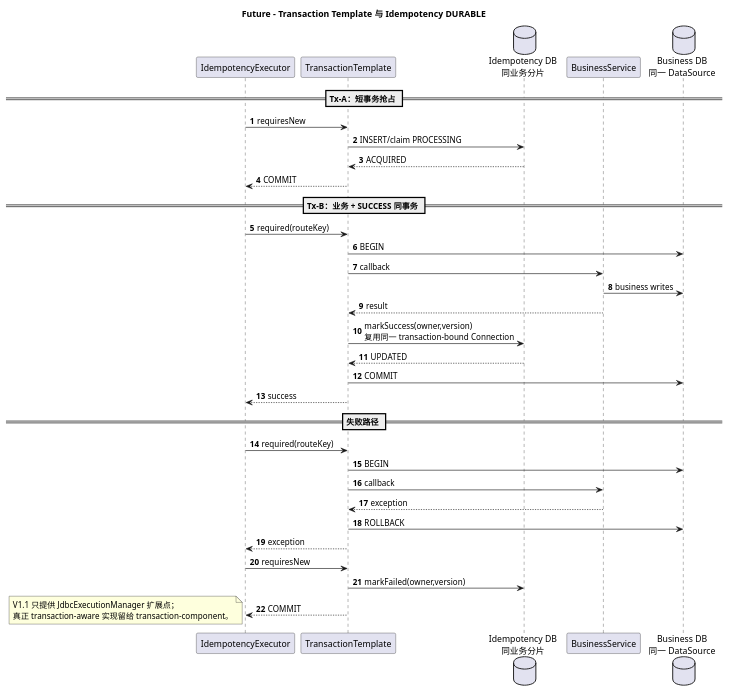
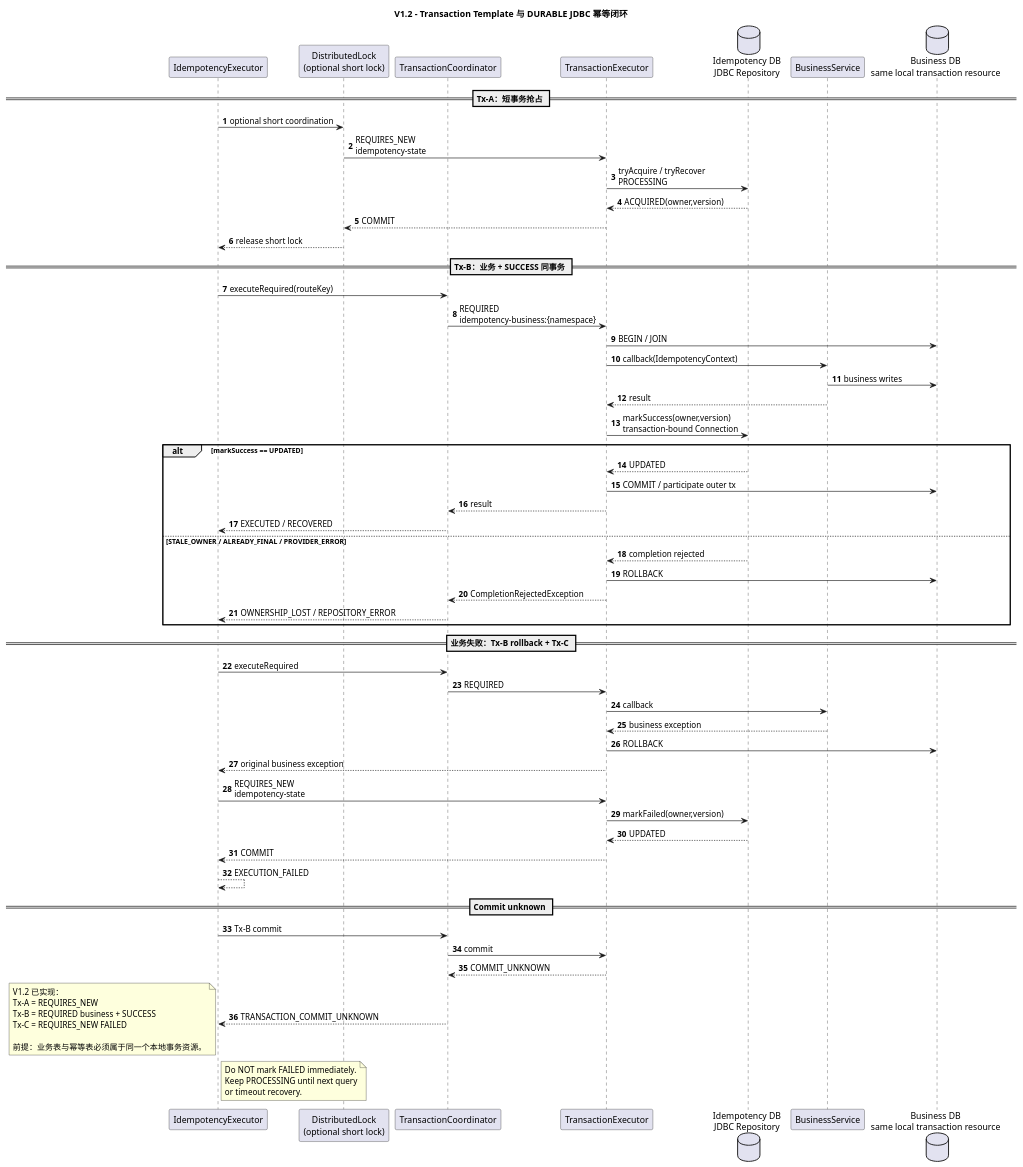
The diagram in component/idempotent-component/docs/diagrams/sequence/L4-future-transaction-integration.puml (pbxjtumse/cola-web-standard), drawn with PlantUML before and after one commit. The commit also changed 34 other files, not shown here.

```diff
--- a/component/idempotent-component/docs/diagrams/sequence/L4-future-transaction-integration.puml
+++ b/component/idempotent-component/docs/diagrams/sequence/L4-future-transaction-integration.puml
@@ -1,46 +1,76 @@
 @startuml
-title Future - Transaction Template 与 Idempotency DURABLE
+title V1.2 - Transaction Template 与 DURABLE JDBC 幂等闭环
 
 autonumber
 skinparam shadowing false
 
 participant "IdempotencyExecutor" as EXEC
-participant "TransactionTemplate" as TX
-database "Idempotency DB\n同业务分片" as IDEM
+participant "DistributedLock\n(optional short lock)" as LOCK
+participant "TransactionCoordinator" as TXC
+participant "TransactionExecutor" as TX
+database "Idempotency DB\nJDBC Repository" as IDEM
 participant "BusinessService" as BIZ
-database "Business DB\n同一 DataSource" as DB
+database "Business DB\nsame local transaction resource" as DB
 
 == Tx-A：短事务抢占 ==
-EXEC -> TX : requiresNew
-TX -> IDEM : INSERT/claim PROCESSING
-IDEM --> TX : ACQUIRED
-TX --> EXEC : COMMIT
+EXEC -> LOCK : optional short coordination
+LOCK -> TX : REQUIRES_NEW\nidempotency-state
+TX -> IDEM : tryAcquire / tryRecover\nPROCESSING
+IDEM --> TX : ACQUIRED(owner,version)
+TX --> LOCK : COMMIT
+LOCK --> EXEC : release short lock
 
 == Tx-B：业务 + SUCCESS 同事务 ==
-EXEC -> TX : required(routeKey)
-TX -> DB : BEGIN
-TX -> BIZ : callback
+EXEC -> TXC : executeRequired(routeKey)
+TXC -> TX : REQUIRED\nidempotency-business:{namespace}
+TX -> DB : BEGIN / JOIN
+TX -> BIZ : callback(IdempotencyContext)
 BIZ -> DB : business writes
 BIZ --> TX : result
-TX -> IDEM : markSuccess(owner,version)\n复用同一 transaction-bound Connection
+TX -> IDEM : markSuccess(owner,version)\ntransaction-bound Connection
+
+alt markSuccess == UPDATED
+    IDEM --> TX : UPDATED
+    TX -> DB : COMMIT / participate outer tx
+    TX --> TXC : result
+    TXC --> EXEC : EXECUTED / RECOVERED
+else STALE_OWNER / ALREADY_FINAL / PROVIDER_ERROR
+    IDEM --> TX : completion rejected
+    TX -> DB : ROLLBACK
+    TX --> TXC : CompletionRejectedException
+    TXC --> EXEC : OWNERSHIP_LOST / REPOSITORY_ERROR
+end
+
+== 业务失败：Tx-B rollback + Tx-C ==
+EXEC -> TXC : executeRequired
+TXC -> TX : REQUIRED
+TX -> BIZ : callback
+BIZ --> TX : business exception
+TX -> DB : ROLLBACK
+TX --> EXEC : original business exception
+EXEC -> TX : REQUIRES_NEW\nidempotency-state
+TX -> IDEM : markFailed(owner,version)
 IDEM --> TX : UPDATED
-TX -> DB : COMMIT
-TX --> EXEC : success
+TX --> EXEC : COMMIT
+EXEC --> EXEC : EXECUTION_FAILED
 
-== 失败路径 ==
-EXEC -> TX : required(routeKey)
-TX -> DB : BEGIN
-TX -> BIZ : callback
-BIZ --> TX : exception
-TX -> DB : ROLLBACK
-TX --> EXEC : exception
-EXEC -> TX : requiresNew
-TX -> IDEM : markFailed(owner,version)
-TX --> EXEC : COMMIT
+== Commit unknown ==
+EXEC -> TXC : Tx-B commit
+TXC -> TX : commit
+TX --> TXC : COMMIT_UNKNOWN
+TXC --> EXEC : TRANSACTION_COMMIT_UNKNOWN
+note right of EXEC
+Do NOT mark FAILED immediately.
+Keep PROCESSING until next query
+or timeout recovery.
+end note
 
 note bottom
-V1.1 只提供 JdbcExecutionManager 扩展点；
-真正 transaction-aware 实现留给 transaction-component。
+V1.2 已实现：
+Tx-A = REQUIRES_NEW
+Tx-B = REQUIRED business + SUCCESS
+Tx-C = REQUIRES_NEW FAILED
+
+前提：业务表与幂等表必须属于同一个本地事务资源。
 end note
-
 @enduml
```
